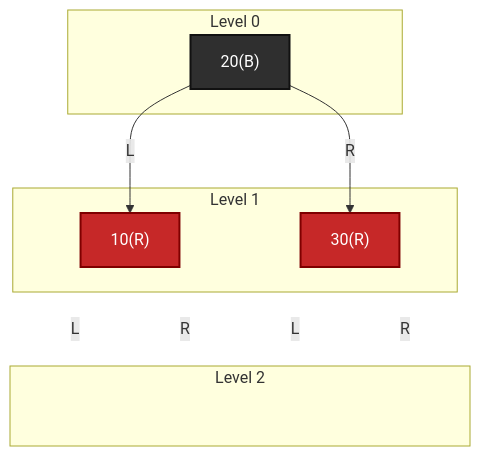
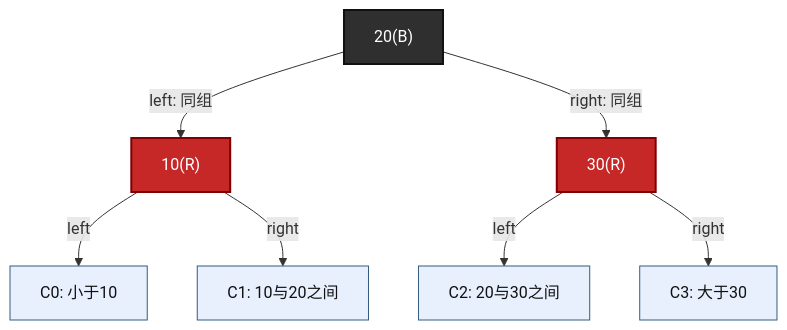
Before and after one commit to FormingSystem/linux_note: the eighth of 8 diagrams in knowledge/linux/data_structures/红黑树_rb-tree/P06_2-3-4_树_从多路平衡到红黑树的结构桥梁.md, drawn with Mermaid. The commit also changed other lines of this file and 1 other file, not shown here.

````diff
--- a/knowledge/linux/data_structures/红黑树_rb-tree/P06_2-3-4_树_从多路平衡到红黑树的结构桥梁.md
+++ b/knowledge/linux/data_structures/红黑树_rb-tree/P06_2-3-4_树_从多路平衡到红黑树的结构桥梁.md
@@ -870,36 +741,15 @@
 ```mermaid
 graph TD
-	subgraph "Level 0"
-		B["20(B)"]
-	end
-
-	subgraph "Level 1"
-		L["10(R)"]
-		R["30(R)"]
-	end
-
-	subgraph "Level 2"
-		G1[" "]
-		G2[" "]
-		G3[" "]
-		G4[" "]
-	end
-
-	B -->|"L"| L
-	B -->|"R"| R
-	L -->|"L"| G1
-	L -->|"R"| G2
-	R -->|"L"| G3
-	R -->|"R"| G4
-
-	classDef black_node fill:#2f2f2f,stroke:#111,color:#fff,stroke-width:2px;
-	classDef red_node fill:#c62828,stroke:#7f0000,color:#fff,stroke-width:2px;
-	classDef ghost fill:transparent,stroke:transparent,color:transparent;
-	class B black_node;
-	class L,R red_node;
-	class G1,G2,G3,G4 ghost;
-	linkStyle 2 stroke:transparent;
-	linkStyle 3 stroke:transparent;
-	linkStyle 4 stroke:transparent;
-	linkStyle 5 stroke:transparent;
+    B["20(B)"] -->|"left: 同组"| L["10(R)"]
+    B -->|"right: 同组"| R["30(R)"]
+    L -->|"left"| C0["C0: 小于10"]
+    L -->|"right"| C1["C1: 10与20之间"]
+    R -->|"left"| C2["C2: 20与30之间"]
+    R -->|"right"| C3["C3: 大于30"]
+    class B black_node;
+    class L,R red_node;
+    class C0,C1,C2,C3 subtree;
+    classDef black_node fill:#2f2f2f,stroke:#111,color:#fff,stroke-width:2px;
+    classDef red_node fill:#c62828,stroke:#7f0000,color:#fff,stroke-width:2px;
+    classDef subtree fill:#e8f0fe,stroke:#355c7d,color:#111;
 ```
````
